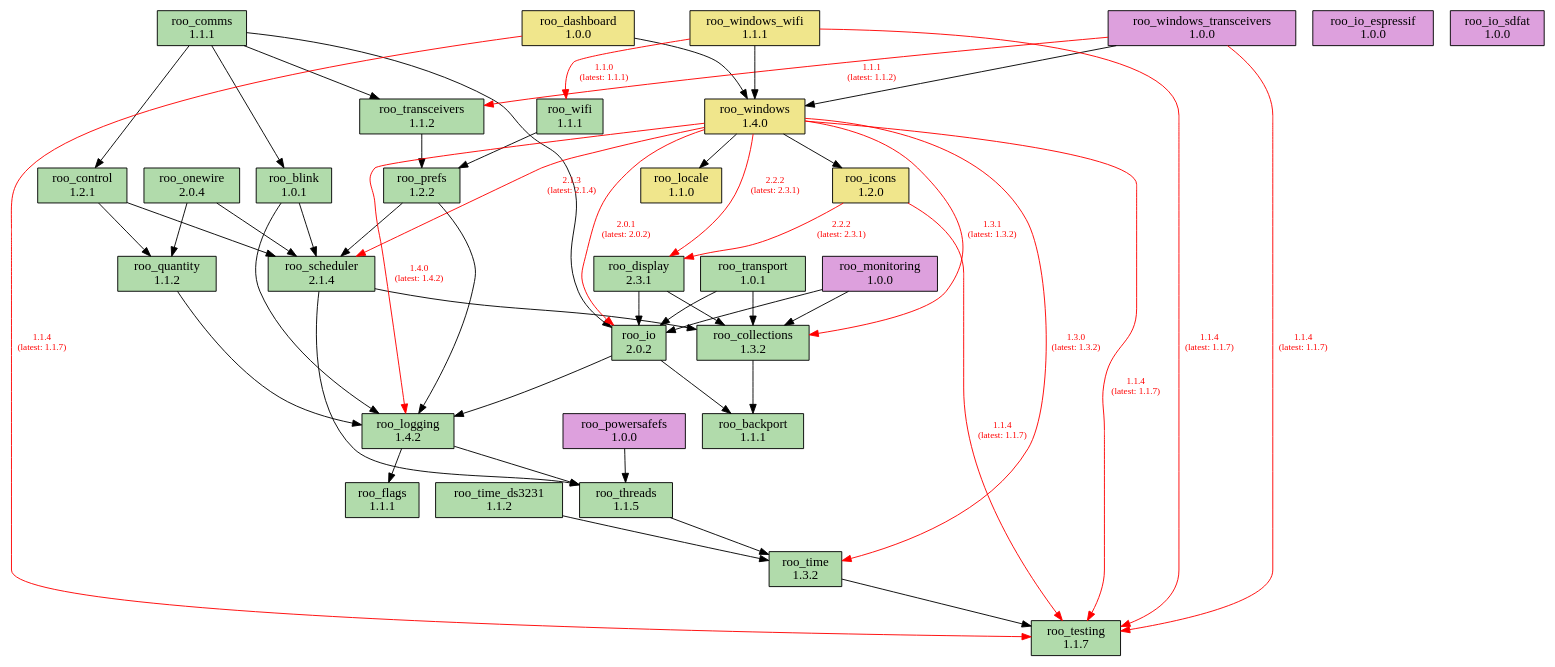
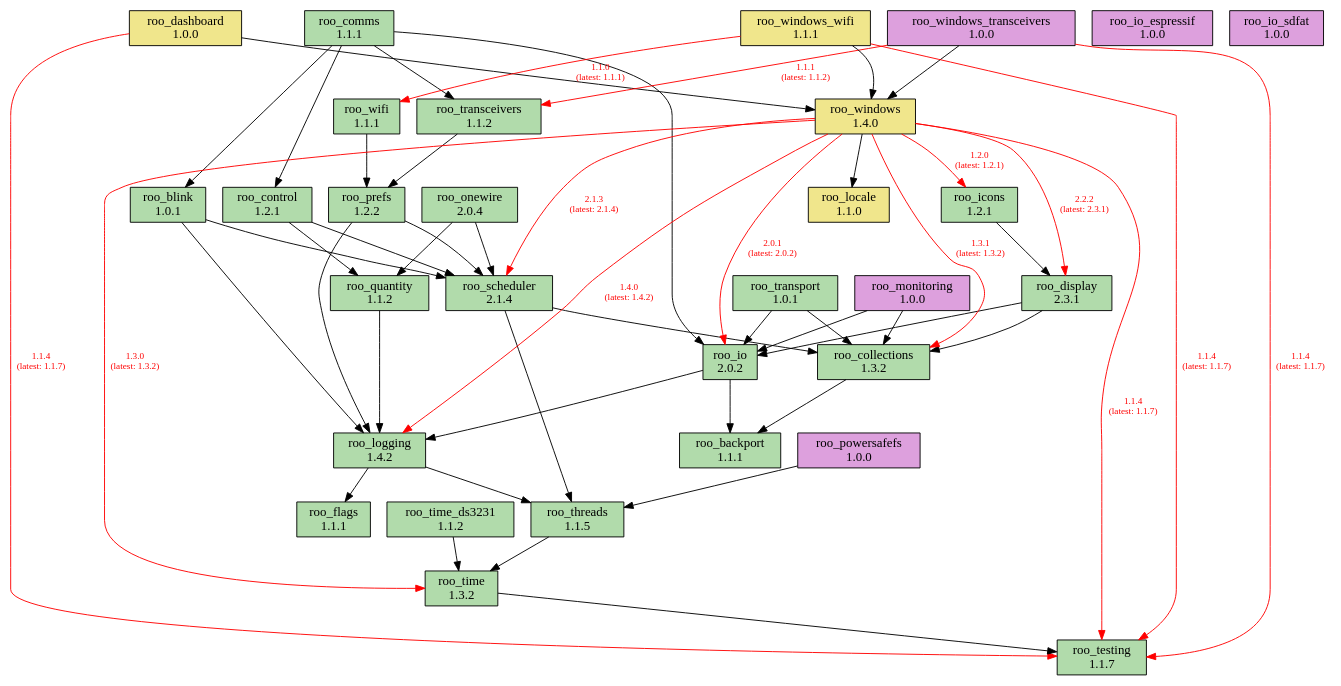
Before and after one commit to dejwk/roo-registry: the diagram in doc/dependencies.dot, drawn with Graphviz. The commit also changed 3 other files, not shown here.

Commit message:
Added roo_icons 1.2.1 to the registry.

```diff
--- a/doc/dependencies.dot
+++ b/doc/dependencies.dot
@@ -1,90 +1,89 @@
 digraph dependencies {
     rankdir=TB;
     node [shape=box, style=filled];
     edge [fontsize=10];
 
     // Modules
     "roo_backport" [label="roo_backport\n1.1.1", fillcolor="#b1dbab"];
     "roo_blink" [label="roo_blink\n1.0.1", fillcolor="#b1dbab"];
     "roo_collections" [label="roo_collections\n1.3.2", fillcolor="#b1dbab"];
     "roo_comms" [label="roo_comms\n1.1.1", fillcolor="#b1dbab"];
     "roo_control" [label="roo_control\n1.2.1", fillcolor="#b1dbab"];
     "roo_dashboard" [label="roo_dashboard\n1.0.0", fillcolor="khaki"];
     "roo_display" [label="roo_display\n2.3.1", fillcolor="#b1dbab"];
     "roo_flags" [label="roo_flags\n1.1.1", fillcolor="#b1dbab"];
-    "roo_icons" [label="roo_icons\n1.2.0", fillcolor="khaki"];
+    "roo_icons" [label="roo_icons\n1.2.1", fillcolor="#b1dbab"];
     "roo_io" [label="roo_io\n2.0.2", fillcolor="#b1dbab"];
     "roo_io_espressif" [label="roo_io_espressif\n1.0.0", fillcolor="plum"];
     "roo_io_sdfat" [label="roo_io_sdfat\n1.0.0", fillcolor="plum"];
     "roo_locale" [label="roo_locale\n1.1.0", fillcolor="khaki"];
     "roo_logging" [label="roo_logging\n1.4.2", fillcolor="#b1dbab"];
     "roo_monitoring" [label="roo_monitoring\n1.0.0", fillcolor="plum"];
     "roo_onewire" [label="roo_onewire\n2.0.4", fillcolor="#b1dbab"];
     "roo_powersafefs" [label="roo_powersafefs\n1.0.0", fillcolor="plum"];
     "roo_prefs" [label="roo_prefs\n1.2.2", fillcolor="#b1dbab"];
     "roo_quantity" [label="roo_quantity\n1.1.2", fillcolor="#b1dbab"];
     "roo_scheduler" [label="roo_scheduler\n2.1.4", fillcolor="#b1dbab"];
     "roo_testing" [label="roo_testing\n1.1.7", fillcolor="#b1dbab"];
     "roo_threads" [label="roo_threads\n1.1.5", fillcolor="#b1dbab"];
     "roo_time" [label="roo_time\n1.3.2", fillcolor="#b1dbab"];
     "roo_time_ds3231" [label="roo_time_ds3231\n1.1.2", fillcolor="#b1dbab"];
     "roo_transceivers" [label="roo_transceivers\n1.1.2", fillcolor="#b1dbab"];
     "roo_transport" [label="roo_transport\n1.0.1", fillcolor="#b1dbab"];
     "roo_wifi" [label="roo_wifi\n1.1.1", fillcolor="#b1dbab"];
     "roo_windows" [label="roo_windows\n1.4.0", fillcolor="khaki"];
     "roo_windows_transceivers" [label="roo_windows_transceivers\n1.0.0", fillcolor="plum"];
     "roo_windows_wifi" [label="roo_windows_wifi\n1.1.1", fillcolor="khaki"];
 
     // Dependencies
     "roo_blink" -> "roo_logging";
     "roo_blink" -> "roo_scheduler";
     "roo_collections" -> "roo_backport";
     "roo_comms" -> "roo_blink";
     "roo_comms" -> "roo_control";
     "roo_comms" -> "roo_io";
     "roo_comms" -> "roo_transceivers";
     "roo_control" -> "roo_quantity";
     "roo_control" -> "roo_scheduler";
     "roo_dashboard" -> "roo_testing" [color=red, fontcolor=red, label="1.1.4\n(latest: 1.1.7)"];
     "roo_dashboard" -> "roo_windows";
     "roo_display" -> "roo_collections";
     "roo_display" -> "roo_io";
-    "roo_icons" -> "roo_testing" [color=red, fontcolor=red, label="1.1.4\n(latest: 1.1.7)"];
-    "roo_icons" -> "roo_display" [color=red, fontcolor=red, label="2.2.2\n(latest: 2.3.1)"];
+    "roo_icons" -> "roo_display";
     "roo_io" -> "roo_backport";
     "roo_io" -> "roo_logging";
     "roo_logging" -> "roo_flags";
     "roo_logging" -> "roo_threads";
     "roo_monitoring" -> "roo_collections";
     "roo_monitoring" -> "roo_io";
     "roo_onewire" -> "roo_scheduler";
     "roo_onewire" -> "roo_quantity";
     "roo_powersafefs" -> "roo_threads";
     "roo_prefs" -> "roo_logging";
     "roo_prefs" -> "roo_scheduler";
     "roo_quantity" -> "roo_logging";
     "roo_scheduler" -> "roo_collections";
     "roo_scheduler" -> "roo_threads";
     "roo_threads" -> "roo_time";
     "roo_time" -> "roo_testing";
     "roo_time_ds3231" -> "roo_time";
     "roo_transceivers" -> "roo_prefs";
     "roo_transport" -> "roo_collections";
     "roo_transport" -> "roo_io";
     "roo_wifi" -> "roo_prefs";
     "roo_windows" -> "roo_testing" [color=red, fontcolor=red, label="1.1.4\n(latest: 1.1.7)"];
     "roo_windows" -> "roo_collections" [color=red, fontcolor=red, label="1.3.1\n(latest: 1.3.2)"];
     "roo_windows" -> "roo_display" [color=red, fontcolor=red, label="2.2.2\n(latest: 2.3.1)"];
     "roo_windows" -> "roo_locale";
     "roo_windows" -> "roo_logging" [color=red, fontcolor=red, label="1.4.0\n(latest: 1.4.2)"];
-    "roo_windows" -> "roo_icons";
+    "roo_windows" -> "roo_icons" [color=red, fontcolor=red, label="1.2.0\n(latest: 1.2.1)"];
     "roo_windows" -> "roo_io" [color=red, fontcolor=red, label="2.0.1\n(latest: 2.0.2)"];
     "roo_windows" -> "roo_scheduler" [color=red, fontcolor=red, label="2.1.3\n(latest: 2.1.4)"];
     "roo_windows" -> "roo_time" [color=red, fontcolor=red, label="1.3.0\n(latest: 1.3.2)"];
     "roo_windows_transceivers" -> "roo_testing" [color=red, fontcolor=red, label="1.1.4\n(latest: 1.1.7)"];
     "roo_windows_transceivers" -> "roo_transceivers" [color=red, fontcolor=red, label="1.1.1\n(latest: 1.1.2)"];
     "roo_windows_transceivers" -> "roo_windows";
     "roo_windows_wifi" -> "roo_testing" [color=red, fontcolor=red, label="1.1.4\n(latest: 1.1.7)"];
     "roo_windows_wifi" -> "roo_wifi" [color=red, fontcolor=red, label="1.1.0\n(latest: 1.1.1)"];
     "roo_windows_wifi" -> "roo_windows";
 }
```
